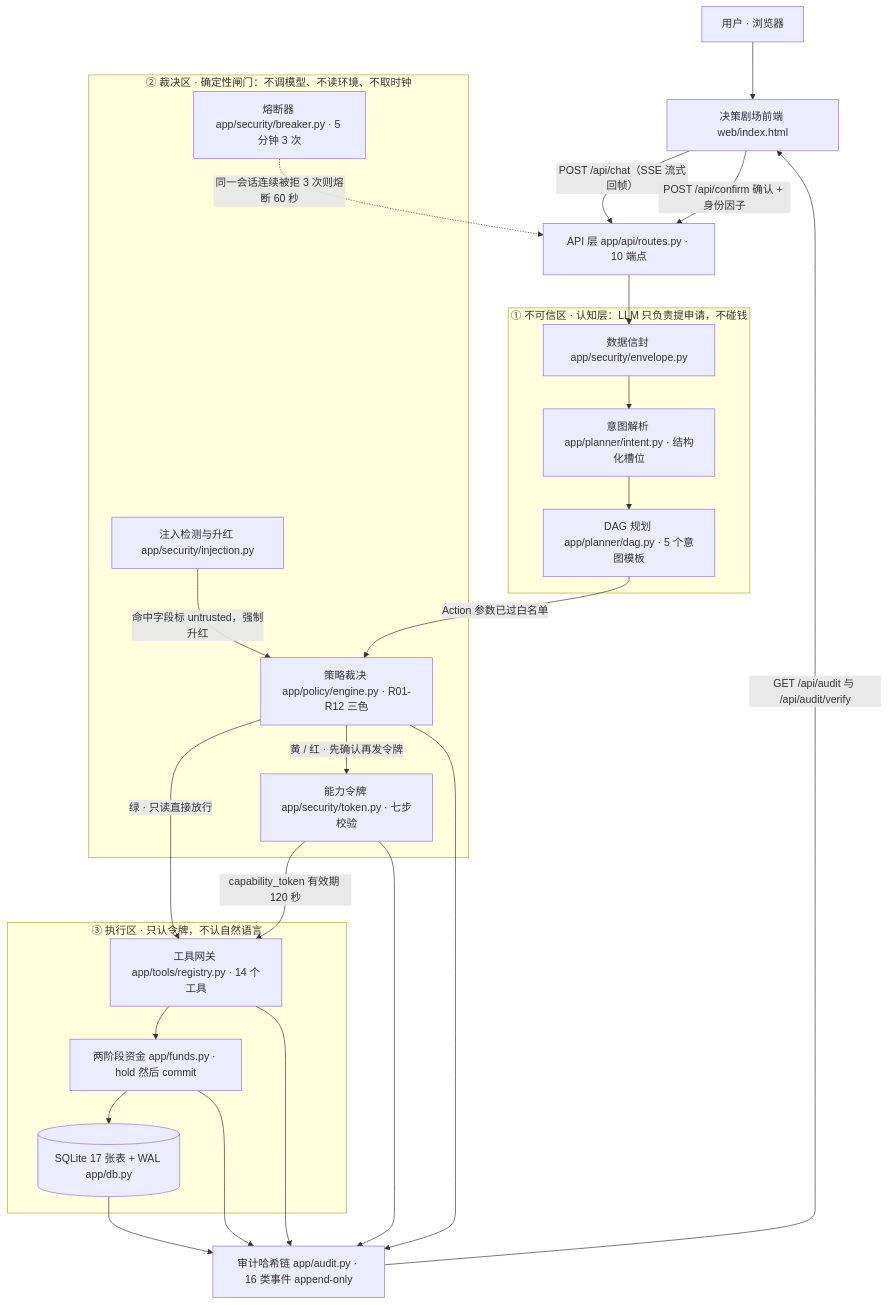
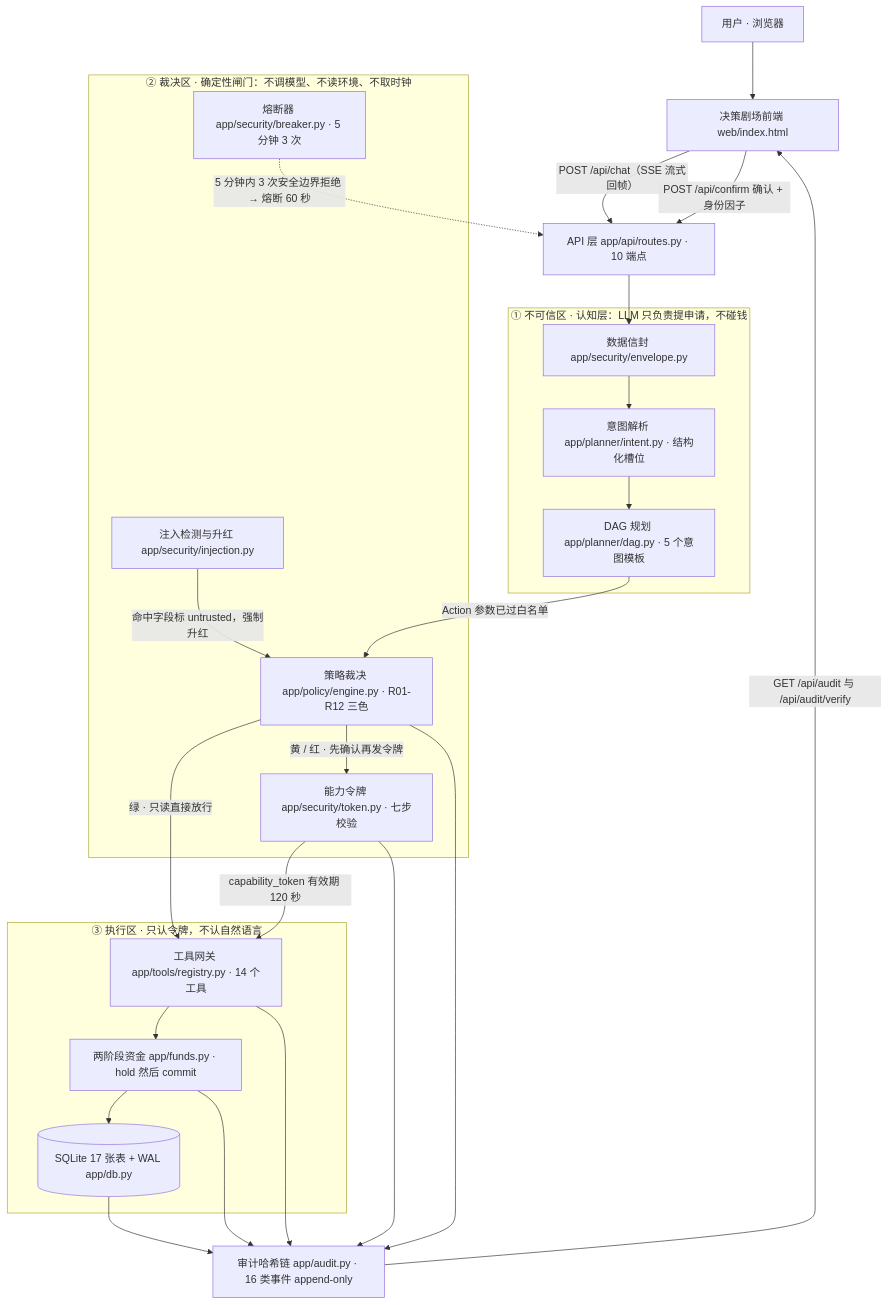
Before and after one commit to peng6yu/banking-agent: the diagram in docs/架构图.mmd, drawn with Mermaid. The commit also changed 4 other files, not shown here.

Commit message:
docs: 能力声明纠偏（注入分层/熔断安全边界/删除不存在的 schema.sql 行）

```diff
--- a/docs/架构图.mmd
+++ b/docs/架构图.mmd
@@ -1,42 +1,42 @@
 %% 银行 AI 智能体 · 分层架构图（mermaid flowchart）
 %% 生成命令：npx @mermaid-js/mermaid-cli -i docs/架构图.mmd -o docs/架构图.svg -p /usr/bin/google-chrome
 flowchart TD
     U["用户 · 浏览器"] --> FE["决策剧场前端 web/index.html"]
     FE -->|"POST /api/chat（SSE 流式回帧）"| API["API 层 app/api/routes.py · 10 端点"]
     FE -->|"POST /api/confirm 确认 + 身份因子"| API
 
     subgraph L1["① 不可信区 · 认知层：LLM 只负责提申请，不碰钱"]
         ENV["数据信封 app/security/envelope.py"]
         INT["意图解析 app/planner/intent.py · 结构化槽位"]
         DAG["DAG 规划 app/planner/dag.py · 5 个意图模板"]
     end
 
     subgraph L2["② 裁决区 · 确定性闸门：不调模型、不读环境、不取时钟"]
         INJ["注入检测与升红 app/security/injection.py"]
         PE["策略裁决 app/policy/engine.py · R01-R12 三色"]
         TK["能力令牌 app/security/token.py · 七步校验"]
         BRK["熔断器 app/security/breaker.py · 5 分钟 3 次"]
     end
 
     subgraph L3["③ 执行区 · 只认令牌，不认自然语言"]
         REG["工具网关 app/tools/registry.py · 14 个工具"]
         FND["两阶段资金 app/funds.py · hold 然后 commit"]
         DB[("SQLite 17 张表 + WAL app/db.py")]
     end
 
     AUD["审计哈希链 app/audit.py · 16 类事件 append-only"]
 
     API --> ENV --> INT --> DAG
     DAG -->|"Action 参数已过白名单"| PE
     INJ -->|"命中字段标 untrusted，强制升红"| PE
     PE -->|"绿 · 只读直接放行"| REG
     PE -->|"黄 / 红 · 先确认再发令牌"| TK
     TK -->|"capability_token 有效期 120 秒"| REG
-    BRK -.->|"同一会话连续被拒 3 次则熔断 60 秒"| API
+    BRK -.->|"5 分钟内 3 次安全边界拒绝 → 熔断 60 秒"| API
     REG --> FND --> DB
     REG --> AUD
     FND --> AUD
     PE --> AUD
     TK --> AUD
     DB --> AUD
     AUD -->|"GET /api/audit 与 /api/audit/verify"| FE
```
